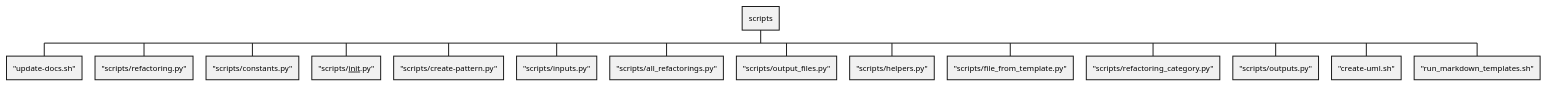
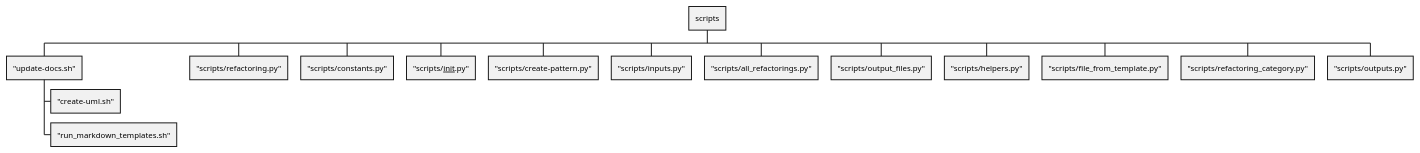
Before and after one commit to claremacrae/RefactoringSamples: the diagram in uml/Scripts/Scripts.puml, drawn with PlantUML.

Commit message:
Document what "update-docs.sh" calls

```diff
--- a/uml/Scripts/Scripts.puml
+++ b/uml/Scripts/Scripts.puml
@@ -1,19 +1,19 @@
 @startwbs
 
 * scripts
 **  "update-docs.sh"
+***  "create-uml.sh"
+***  "run_markdown_templates.sh"
 **  "scripts/refactoring.py"
 **  "scripts/constants.py"
 **  "scripts/__init__.py"
 **  "scripts/create-pattern.py"
 **  "scripts/inputs.py"
 **  "scripts/all_refactorings.py"
 **  "scripts/output_files.py"
 **  "scripts/helpers.py"
 **  "scripts/file_from_template.py"
 **  "scripts/refactoring_category.py"
 **  "scripts/outputs.py"
-**  "create-uml.sh"
-**  "run_markdown_templates.sh"
 
 @endwbs
```
